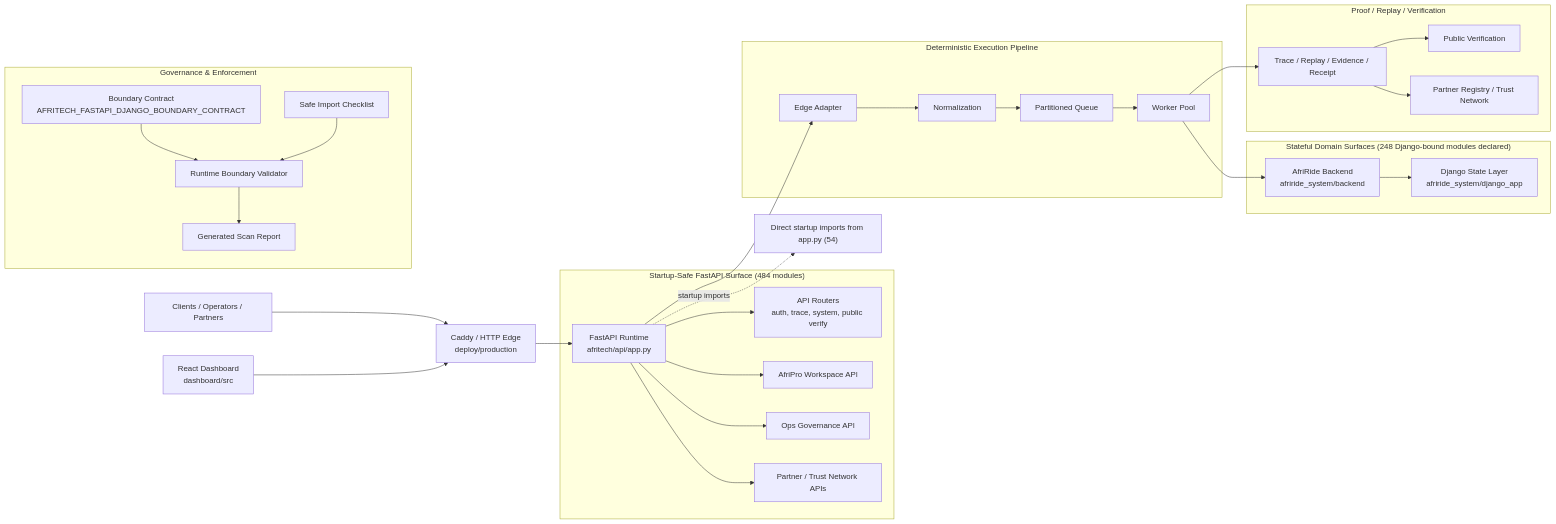
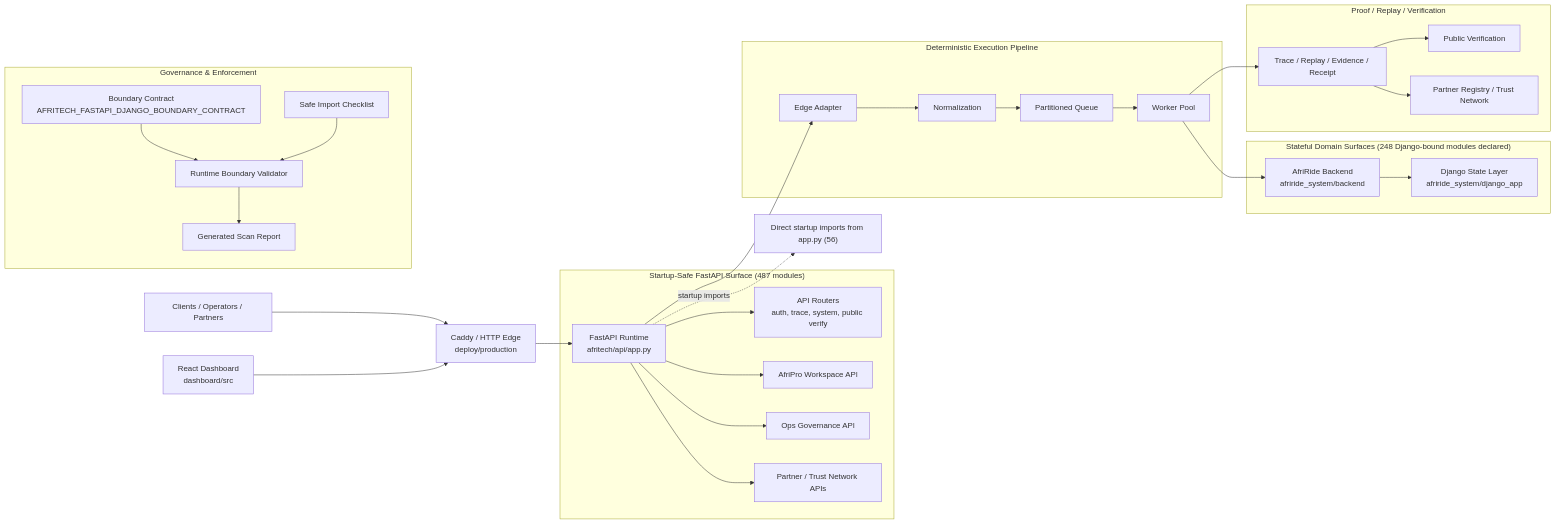
The first of 2 diagrams in docs/architecture/AFRITECH_FULL_ARCHITECTURE_GRAPH.md (Strelly2023/afritelematics), drawn with Mermaid before and after one commit. The commit also changed other lines of this file and 12 other files, not shown here.

````diff
--- a/docs/architecture/AFRITECH_FULL_ARCHITECTURE_GRAPH.md
+++ b/docs/architecture/AFRITECH_FULL_ARCHITECTURE_GRAPH.md
@@ -22,39 +22,39 @@
 ```mermaid
 flowchart LR
     Client["Clients / Operators / Partners"] --> Edge["Caddy / HTTP Edge\ndeploy/production"]
     Dashboard["React Dashboard\ndashboard/src"] --> Edge
     Edge --> App["FastAPI Runtime\nafritech/api/app.py"]
 
-    subgraph FastAPI["Startup-Safe FastAPI Surface (484 modules)"]
+    subgraph FastAPI["Startup-Safe FastAPI Surface (487 modules)"]
         App --> Api["API Routers\nauth, trace, system, public verify"]
         App --> Workspace["AfriPro Workspace API"]
         App --> Governance["Ops Governance API"]
         App --> Trust["Partner / Trust Network APIs"]
     end
 
     subgraph Pipeline["Deterministic Execution Pipeline"]
         App --> Adapt["Edge Adapter"]
         Adapt --> Normalize["Normalization"]
         Normalize --> Queue["Partitioned Queue"]
         Queue --> Worker["Worker Pool"]
     end
 
     subgraph State["Stateful Domain Surfaces (248 Django-bound modules declared)"]
         Worker --> Domain["AfriRide Backend\nafriride_system/backend"]
         Domain --> Django["Django State Layer\nafriride_system/django_app"]
     end
 
     subgraph Proof["Proof / Replay / Verification"]
         Worker --> Trace["Trace / Replay / Evidence / Receipt"]
         Trace --> Public["Public Verification"]
         Trace --> Registry["Partner Registry / Trust Network"]
     end
 
     subgraph GovernancePlane["Governance & Enforcement"]
         Contract["Boundary Contract\nAFRITECH_FASTAPI_DJANGO_BOUNDARY_CONTRACT"] --> Validator["Runtime Boundary Validator"]
         Checklist["Safe Import Checklist"] --> Validator
         Validator --> Review["Generated Scan Report"]
     end
 
-    App -. startup imports .-> Imports["Direct startup imports from app.py (54)"]
+    App -. startup imports .-> Imports["Direct startup imports from app.py (56)"]
 ```
````
